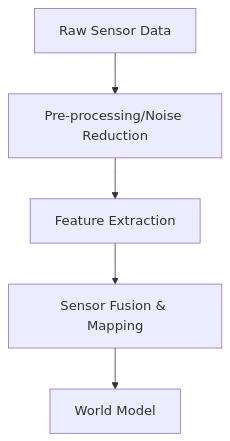
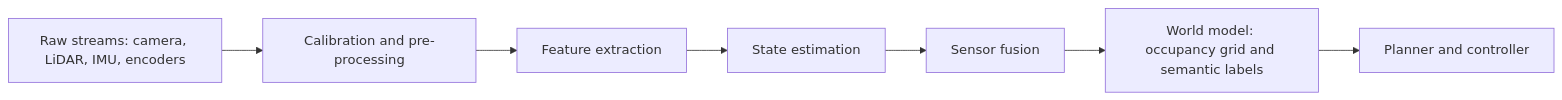
The first of 2 diagrams in docs/part2-sensing/02-robot-perception.mdx (Muhammadumerakmal/physical-ai-humanoid-robotics), drawn with Mermaid before and after one commit. The commit also changed other lines of this file and 59 other files, not shown here.

````diff
--- a/docs/part2-sensing/02-robot-perception.mdx
+++ b/docs/part2-sensing/02-robot-perception.mdx
@@ -54,7 +129,9 @@
 ```mermaid
-flowchart TD
-    Raw[Raw Sensor Data] --> Pre[Pre-processing/Noise Reduction]
-    Pre --> Feature[Feature Extraction]
-    Feature --> Fusion[Sensor Fusion & Mapping]
-    Fusion --> WM[World Model]
+flowchart LR
+    Raw[Raw streams: camera, LiDAR, IMU, encoders] --> Cal[Calibration and pre-processing]
+    Cal --> Feat[Feature extraction]
+    Feat --> Est[State estimation]
+    Est --> Fuse[Sensor fusion]
+    Fuse --> WM[World model: occupancy grid and semantic labels]
+    WM --> Plan[Planner and controller]
 ```
````
